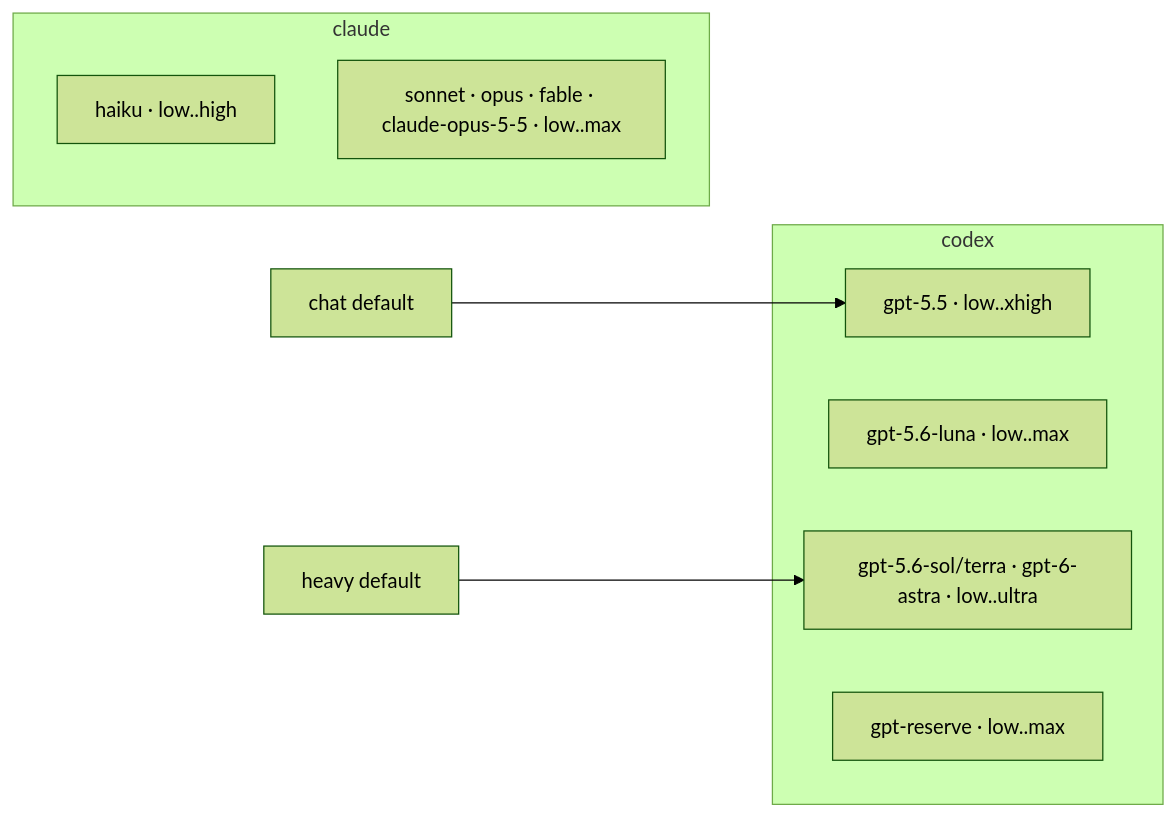
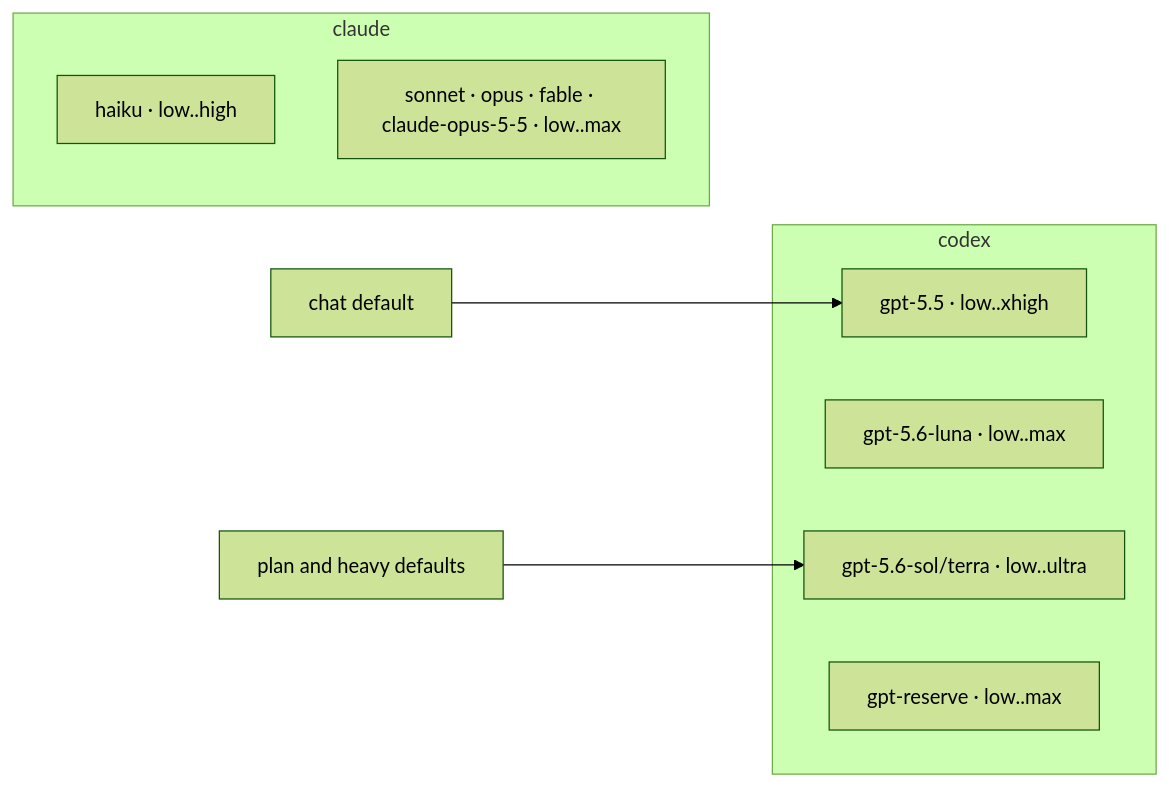
Before and after one commit to vovka/mentor-bot: the eighth of 19 diagrams in docs/ARCHITECTURE.md, drawn with Mermaid (forest theme). The commit also changed other lines of this file and 2 other files, not shown here.

First line of the commit message:
Docs: durable queue, patch replan, plan tier, concurrent chat, /cancel

````diff
--- a/docs/ARCHITECTURE.md
+++ b/docs/ARCHITECTURE.md
@@ -190,15 +201,15 @@
 ```mermaid
 flowchart LR
   subgraph codex
     A["gpt-5.5 · low..xhigh"]
     B["gpt-5.6-luna · low..max"]
-    C["gpt-5.6-sol/terra · gpt-6-astra · low..ultra"]
+    C["gpt-5.6-sol/terra · low..ultra"]
     D["gpt-reserve · low..max"]
   end
   subgraph claude
     E["haiku · low..high"]
     F["sonnet · opus · fable · claude-opus-5-5 · low..max"]
   end
   CHAT[chat default] --> A
-  HEAVY[heavy default] --> C
+  PLAN[plan and heavy defaults] --> C
 ```
````
